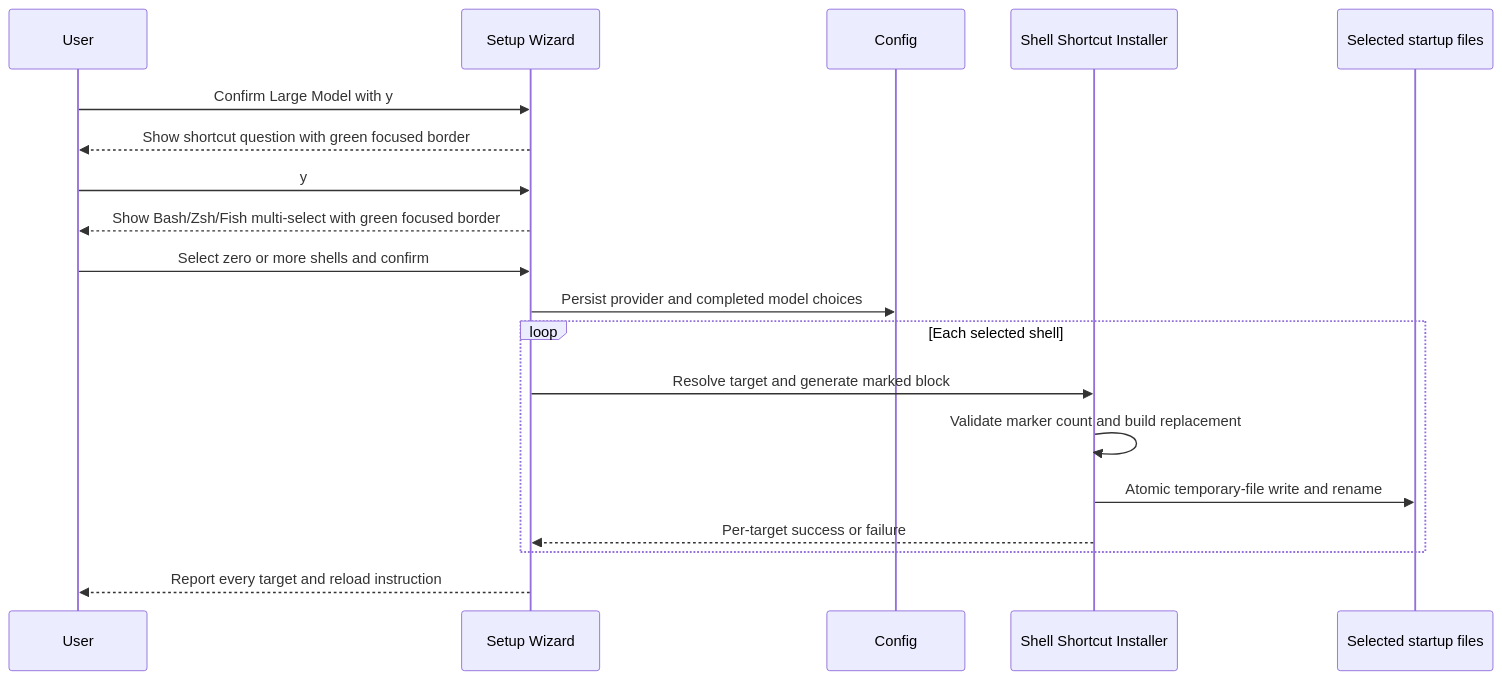
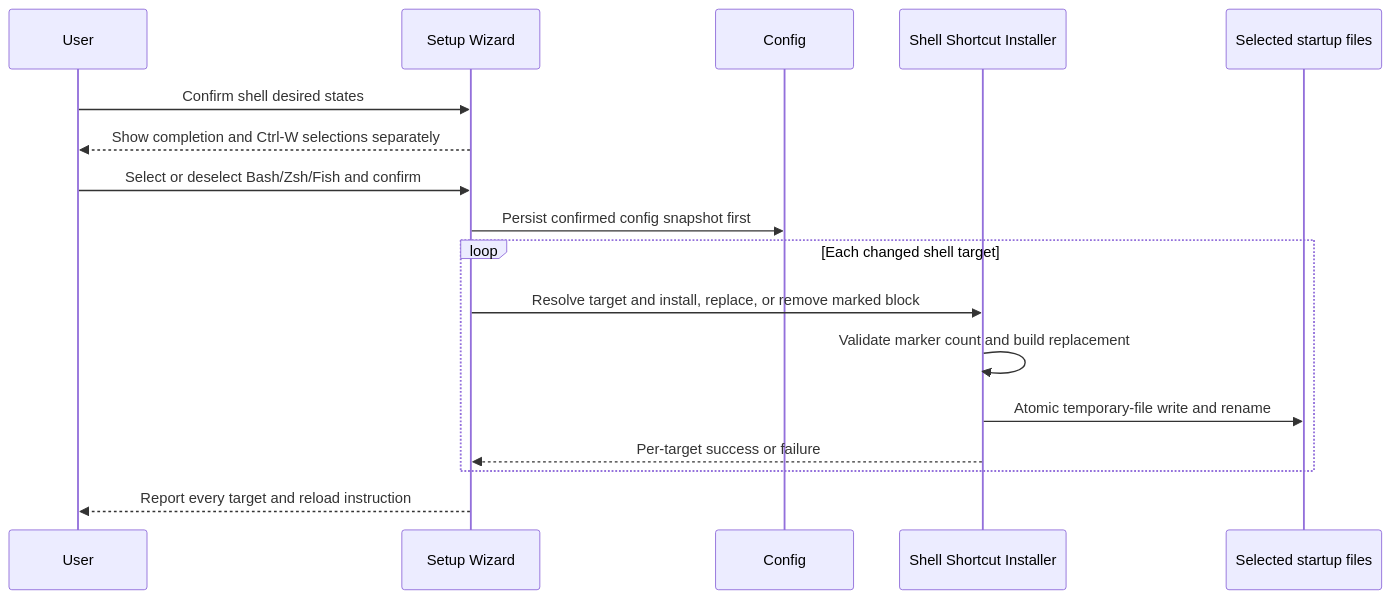
One commit to buster/watn changed the fourth of 21 diagrams in docs/arc42/06-runtime-view.md. Above: the diagram before and after it, drawn with Mermaid. The commit also changed other lines of this file and 26 other files, not shown here.

````diff
--- a/docs/arc42/06-runtime-view.md
+++ b/docs/arc42/06-runtime-view.md
@@ -109,22 +155,20 @@
 ```mermaid
 sequenceDiagram
     participant User
     participant Wizard as Setup Wizard
     participant Config as Config
     participant Installer as Shell Shortcut Installer
     participant Files as Selected startup files
 
-    User->>Wizard: Confirm Large Model with y
-    Wizard-->>User: Show shortcut question with green focused border
-    User->>Wizard: y
-    Wizard-->>User: Show Bash/Zsh/Fish multi-select with green focused border
-    User->>Wizard: Select zero or more shells and confirm
-    Wizard->>Config: Persist provider and completed model choices
-    loop Each selected shell
-        Wizard->>Installer: Resolve target and generate marked block
+    User->>Wizard: Confirm shell desired states
+    Wizard-->>User: Show completion and Ctrl-W selections separately
+    User->>Wizard: Select or deselect Bash/Zsh/Fish and confirm
+    Wizard->>Config: Persist confirmed config snapshot first
+    loop Each changed shell target
+        Wizard->>Installer: Resolve target and install, replace, or remove marked block
         Installer->>Installer: Validate marker count and build replacement
         Installer->>Files: Atomic temporary-file write and rename
         Installer-->>Wizard: Per-target success or failure
     end
     Wizard-->>User: Report every target and reload instruction
 ```
````
